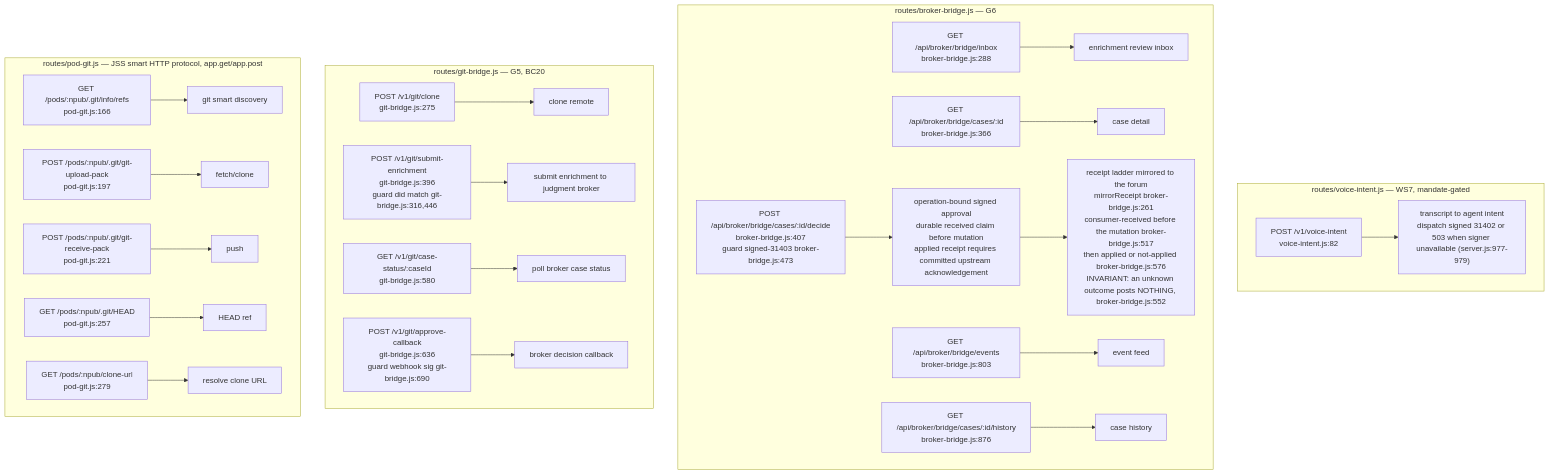
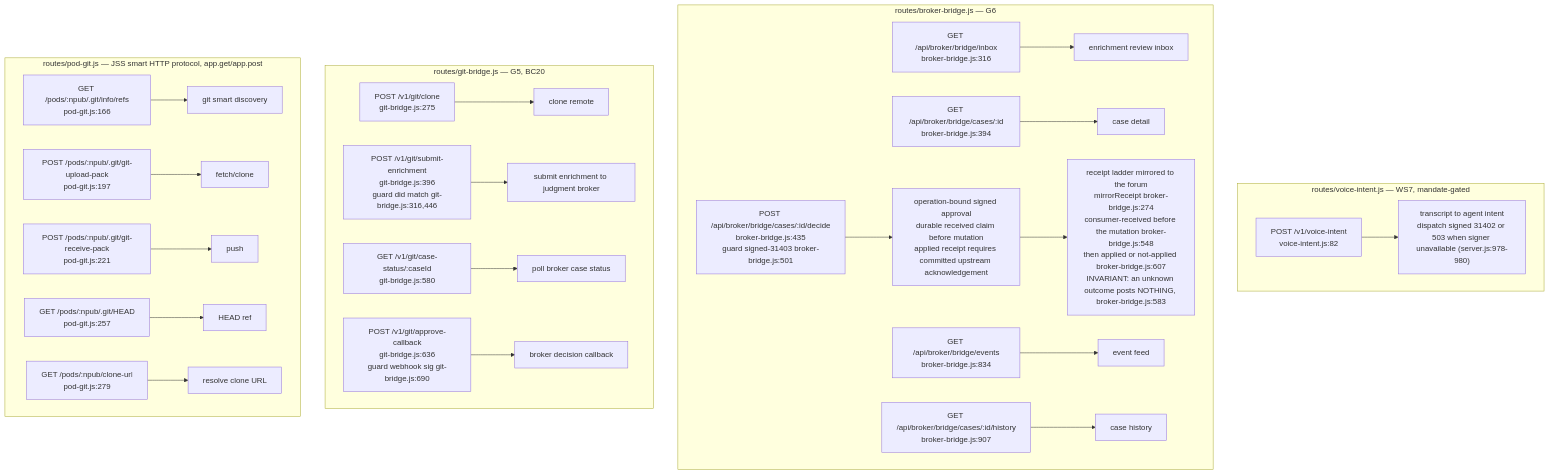
Before and after one commit to DreamLab-AI/VisionFlow: diagram 11 of 17 in docs/diagrams/agentbox/03-management-api-request-lifecycle.md, drawn with Mermaid. The commit also changed other lines of this file and 17 other files, not shown here.

````diff
--- a/docs/diagrams/agentbox/03-management-api-request-lifecycle.md
+++ b/docs/diagrams/agentbox/03-management-api-request-lifecycle.md
@@ -424,27 +425,27 @@
 ```mermaid
 flowchart TD
     subgraph vi["routes/voice-intent.js — WS7, mandate-gated"]
-        VI1["POST /v1/voice-intent<br/>voice-intent.js:82"] --> VIH1["transcript to agent intent<br/>dispatch signed 31402 or 503 when signer unavailable (server.js:977-979)"]
+        VI1["POST /v1/voice-intent<br/>voice-intent.js:82"] --> VIH1["transcript to agent intent<br/>dispatch signed 31402 or 503 when signer unavailable (server.js:978-980)"]
     end
     subgraph bb["routes/broker-bridge.js — G6"]
-        BB1["GET /api/broker/bridge/inbox<br/>broker-bridge.js:288"] --> BBH1["enrichment review inbox"]
-        BB2["GET /api/broker/bridge/cases/:id<br/>broker-bridge.js:366"] --> BBH2["case detail"]
-        BB3["POST /api/broker/bridge/cases/:id/decide<br/>broker-bridge.js:407<br/>guard signed-31403 broker-bridge.js:473"] --> BBH3["operation-bound signed approval<br/>durable received claim before mutation<br/>applied receipt requires committed upstream acknowledgement"]
-        BBH3 --> BBH3B["receipt ladder mirrored to the forum<br/>mirrorReceipt broker-bridge.js:261<br/>consumer-received before the mutation broker-bridge.js:517<br/>then applied or not-applied broker-bridge.js:576<br/>INVARIANT: an unknown outcome posts NOTHING, broker-bridge.js:552"]
-        BB4["GET /api/broker/bridge/events<br/>broker-bridge.js:803"] --> BBH4["event feed"]
-        BB5["GET /api/broker/bridge/cases/:id/history<br/>broker-bridge.js:876"] --> BBH5["case history"]
+        BB1["GET /api/broker/bridge/inbox<br/>broker-bridge.js:316"] --> BBH1["enrichment review inbox"]
+        BB2["GET /api/broker/bridge/cases/:id<br/>broker-bridge.js:394"] --> BBH2["case detail"]
+        BB3["POST /api/broker/bridge/cases/:id/decide<br/>broker-bridge.js:435<br/>guard signed-31403 broker-bridge.js:501"] --> BBH3["operation-bound signed approval<br/>durable received claim before mutation<br/>applied receipt requires committed upstream acknowledgement"]
+        BBH3 --> BBH3B["receipt ladder mirrored to the forum<br/>mirrorReceipt broker-bridge.js:274<br/>consumer-received before the mutation broker-bridge.js:548<br/>then applied or not-applied broker-bridge.js:607<br/>INVARIANT: an unknown outcome posts NOTHING, broker-bridge.js:583"]
+        BB4["GET /api/broker/bridge/events<br/>broker-bridge.js:834"] --> BBH4["event feed"]
+        BB5["GET /api/broker/bridge/cases/:id/history<br/>broker-bridge.js:907"] --> BBH5["case history"]
     end
     subgraph gb["routes/git-bridge.js — G5, BC20"]
         GB1["POST /v1/git/clone<br/>git-bridge.js:275"] --> GBH1["clone remote"]
         GB2["POST /v1/git/submit-enrichment<br/>git-bridge.js:396<br/>guard did match git-bridge.js:316,446"] --> GBH2["submit enrichment to judgment broker"]
         GB3["GET /v1/git/case-status/:caseId<br/>git-bridge.js:580"] --> GBH3["poll broker case status"]
         GB4["POST /v1/git/approve-callback<br/>git-bridge.js:636<br/>guard webhook sig git-bridge.js:690"] --> GBH4["broker decision callback"]
     end
     subgraph pg["routes/pod-git.js — JSS smart HTTP protocol, app.get/app.post"]
         PG1["GET /pods/:npub/.git/info/refs<br/>pod-git.js:166"] --> PGH1["git smart discovery"]
         PG2["POST /pods/:npub/.git/git-upload-pack<br/>pod-git.js:197"] --> PGH2["fetch/clone"]
         PG3["POST /pods/:npub/.git/git-receive-pack<br/>pod-git.js:221"] --> PGH3["push"]
         PG4["GET /pods/:npub/.git/HEAD<br/>pod-git.js:257"] --> PGH4["HEAD ref"]
         PG5["GET /pods/:npub/clone-url<br/>pod-git.js:279"] --> PGH5["resolve clone URL"]
     end
 ```
````
